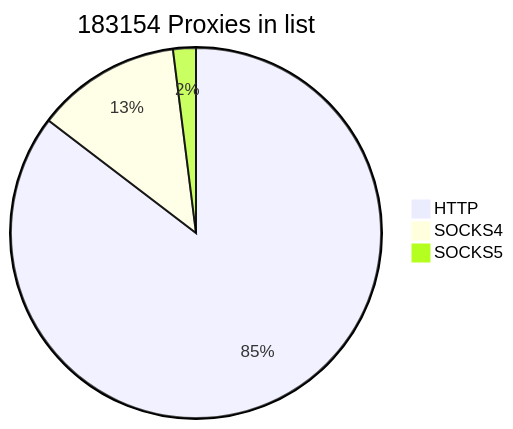
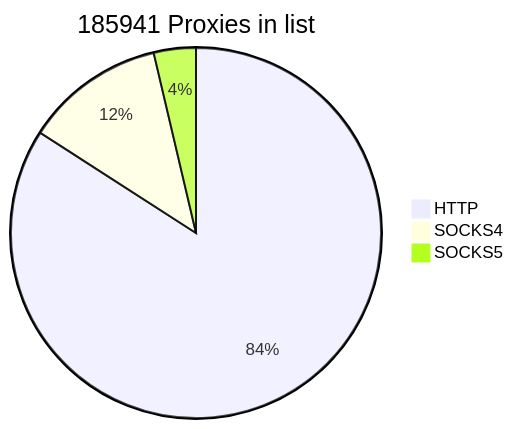
Before and after one commit to cutipu/proxylist: the first of 2 diagrams in README.md, drawn with Mermaid. The commit also changed other lines of this file, not shown here.

````diff
--- a/README.md
+++ b/README.md
@@ -2,7 +2,7 @@
 ```mermaid
-pie title 183154 Proxies in list
-    "HTTP" : 156374
-    "SOCKS4" : 23131
-    "SOCKS5" : 3649
+pie title 185941 Proxies in list
+    "HTTP" : 156375
+    "SOCKS4" : 22736
+    "SOCKS5" : 6830
             
 ```
````
